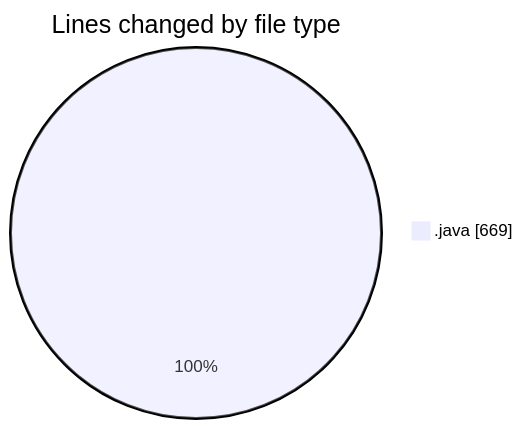
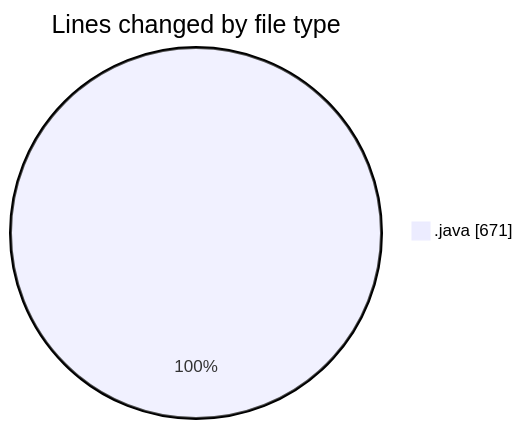
One commit to ricardozamudiocil/code-tracking changed the first of 2 diagrams in 2026-02-24/cilapp/README.md. Above: the diagram before and after it, drawn with Mermaid. The commit also changed other lines of this file and 1 other file, not shown here.

````diff
--- a/2026-02-24/cilapp/README.md
+++ b/2026-02-24/cilapp/README.md
@@ -20,5 +20,5 @@
 ```mermaid
 pie showData
 title Lines changed by file type
-".java" : 669
+".java" : 671
 ```
````
